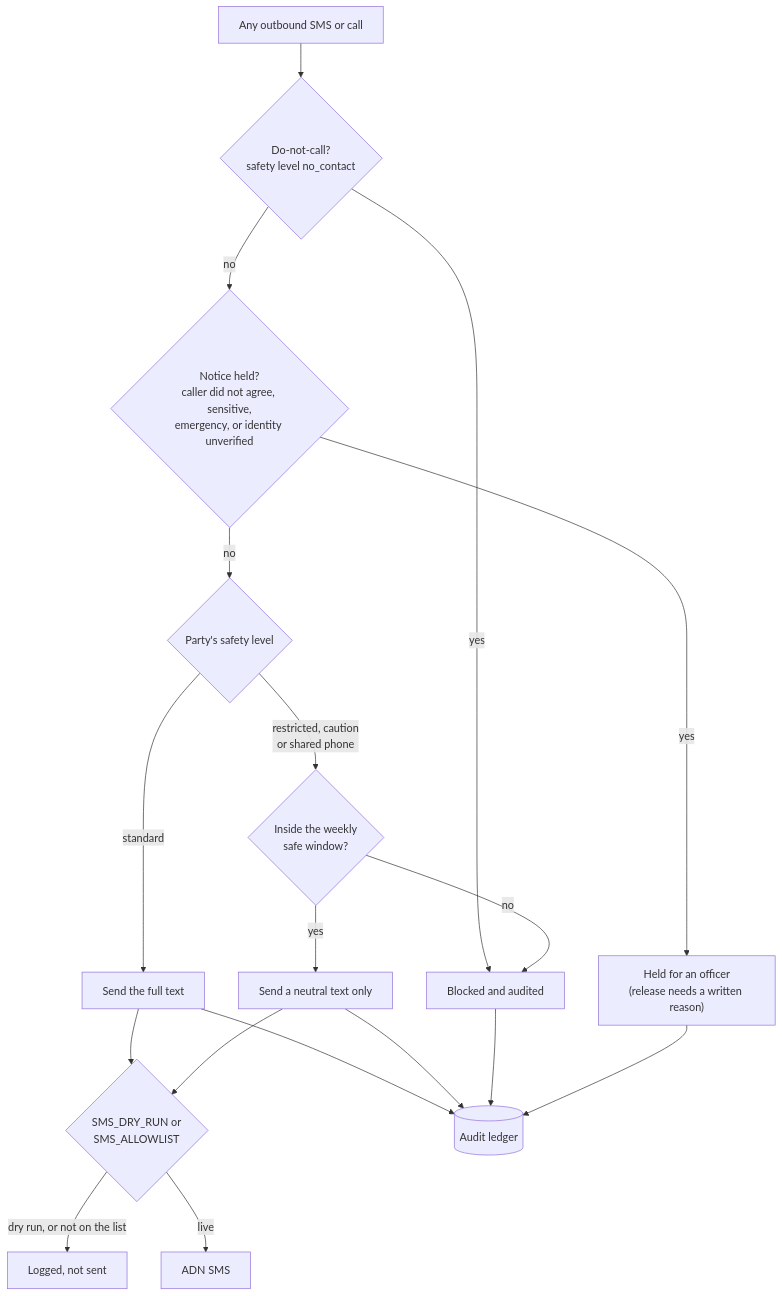
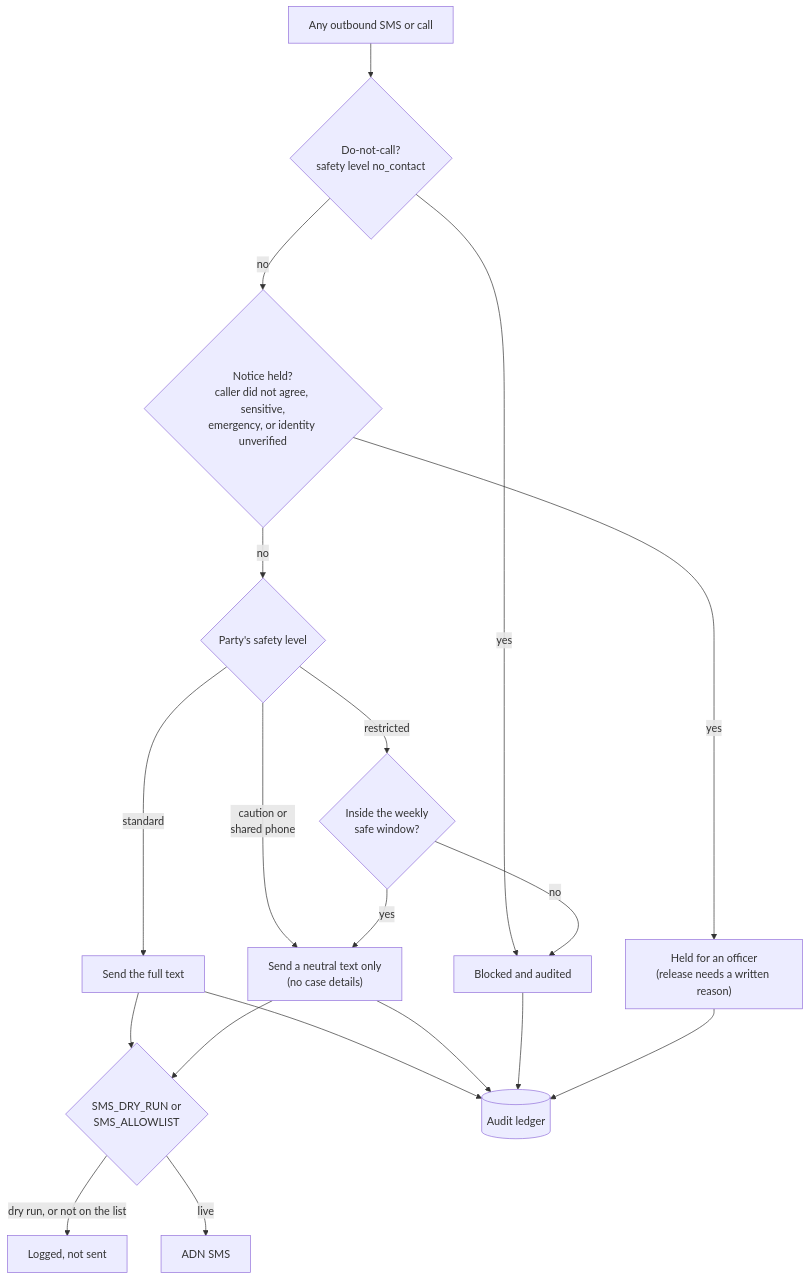
The seventh of 21 diagrams in README.md (muztahiddurjoy/vanguard), drawn with Mermaid before and after one commit. The commit also changed other lines of this file, not shown here.

First line of the commit message:
docs(readme): add case lifecycle, status, records access and data model diagrams

````diff
--- a/README.md
+++ b/README.md
@@ -387,20 +387,21 @@
 ```mermaid
 flowchart TB
   Msg["Any outbound SMS or call"] --> DNC{"Do-not-call?<br/>safety level no_contact"}
   DNC -->|"yes"| Block["Blocked and audited"]
   DNC -->|"no"| Hold{"Notice held?<br/>caller did not agree, sensitive,<br/>emergency, or identity unverified"}
   Hold -->|"yes"| Wait["Held for an officer<br/>(release needs a written reason)"]
   Hold -->|"no"| Lvl{"Party's safety level"}
   Lvl -->|"standard"| Send["Send the full text"]
-  Lvl -->|"restricted, caution<br/>or shared phone"| Win{"Inside the weekly<br/>safe window?"}
+  Lvl -->|"caution or<br/>shared phone"| Neutral["Send a neutral text only<br/>(no case details)"]
+  Lvl -->|"restricted"| Win{"Inside the weekly<br/>safe window?"}
   Win -->|"no"| Block
-  Win -->|"yes"| Neutral["Send a neutral text only"]
+  Win -->|"yes"| Neutral
   Send --> Gate{"SMS_DRY_RUN or<br/>SMS_ALLOWLIST"}
   Neutral --> Gate
   Gate -->|"dry run, or not on the list"| Log["Logged, not sent"]
   Gate -->|"live"| ADN["ADN SMS"]
   Send --> Aud[("Audit ledger")]
   Neutral --> Aud
   Block --> Aud
   Wait --> Aud
 ```
````
